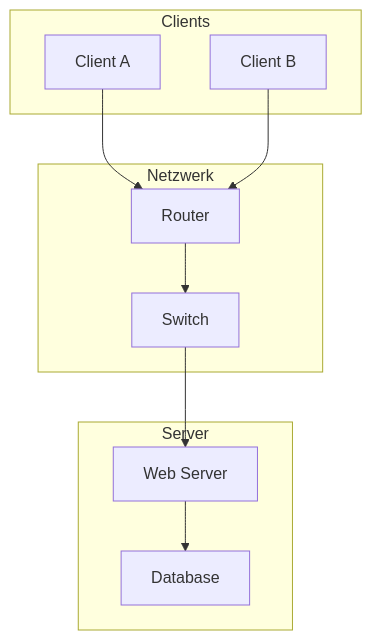
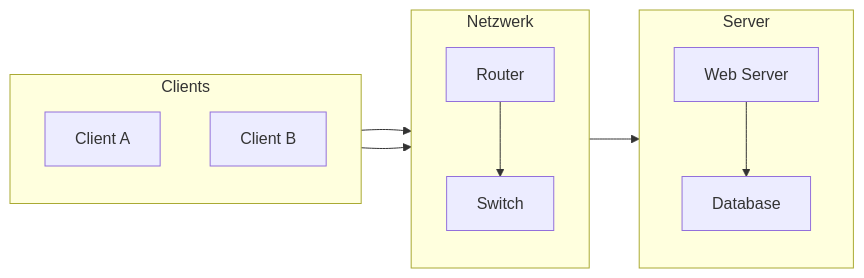
Before and after one commit to ghackenberg/kurs-computer-simulation: the diagram in Folien/09_Dynamische_Modelle_Diskret/Diagramme/Computernetzwerk.mmd, drawn with Mermaid. The commit also changed 88 other files, not shown here.

```diff
--- a/Folien/09_Dynamische_Modelle_Diskret/Diagramme/Computernetzwerk.mmd
+++ b/Folien/09_Dynamische_Modelle_Diskret/Diagramme/Computernetzwerk.mmd
@@ -1,18 +1,21 @@
-graph TD
-    subgraph "Clients"
+graph LR
+    subgraph Clients
+        direction TB
         C1[Client A]
         C2[Client B]
     end
-    subgraph "Netzwerk"
+    subgraph Netzwerk
+        direction TB
         R1[Router]
         R2[Switch]
     end
-    subgraph "Server"
+    subgraph Server
+        direction TB
         S1[Web Server]
         S2[Database]
     end
-    C1 --> R1;
-    C2 --> R1;
-    R1 --> R2;
-    R2 --> S1;
-    S1 --> S2;
+    C1 --> R1
+    C2 --> R1
+    R1 --> R2
+    R2 --> S1
+    S1 --> S2
```
